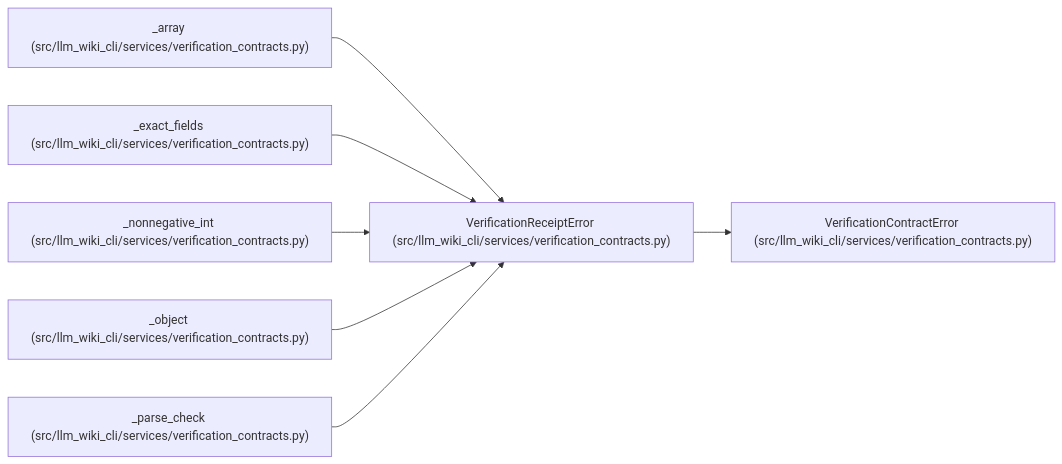
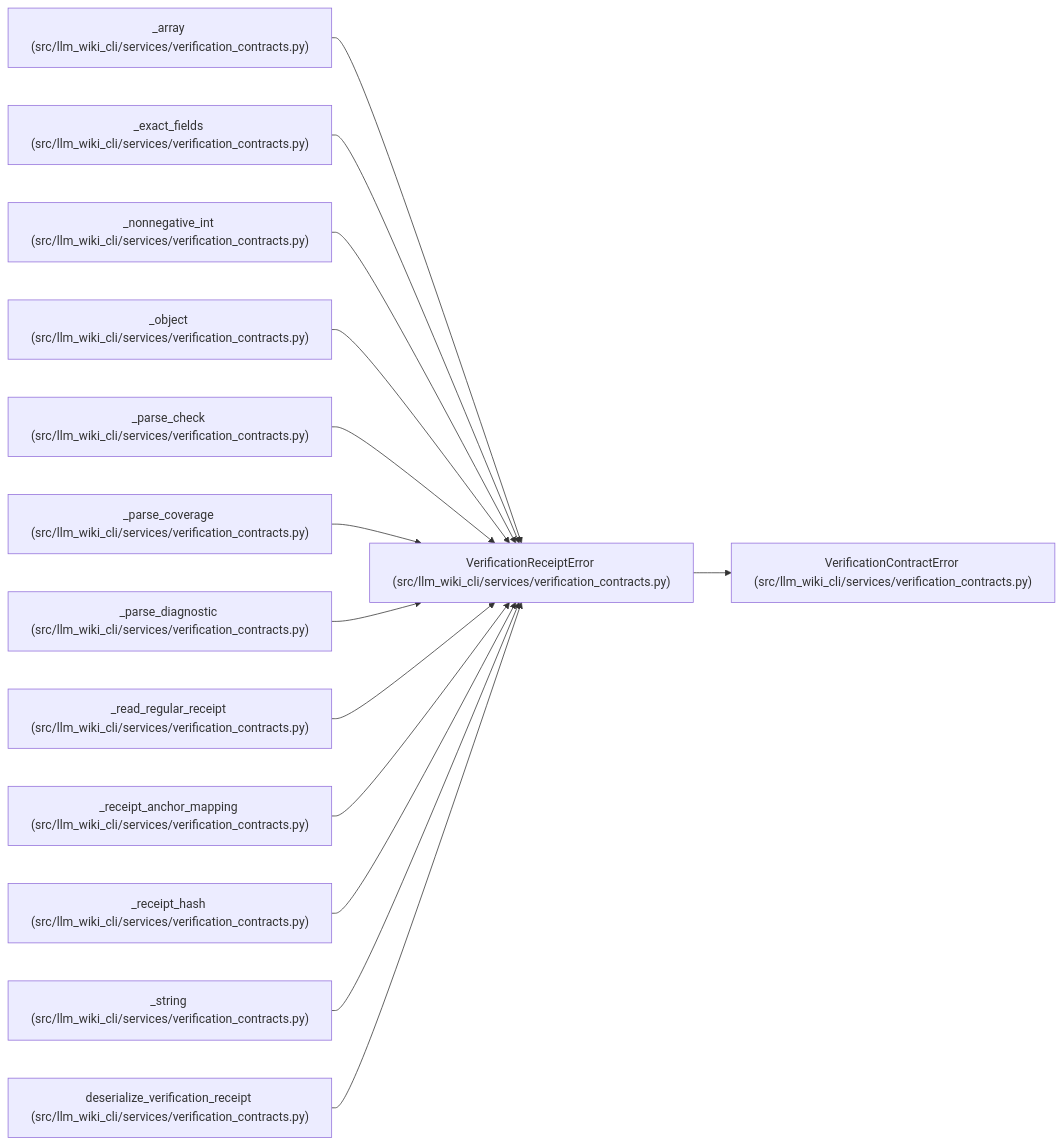
One commit to Denissvgn/python-wiki-llm changed the diagram in docs/llm_wiki/entities/VerificationReceiptError.md. Above: the diagram before and after it, drawn with Mermaid. The commit also changed other lines of this file and 493 other files, not shown here.

````diff
--- a/docs/llm_wiki/entities/VerificationReceiptError.md
+++ b/docs/llm_wiki/entities/VerificationReceiptError.md
@@ -25,23 +25,44 @@
 ```mermaid
 flowchart LR
     n0["VerificationReceiptError (src/llm_wiki_cli/services/verification_contracts.py)"]
     n1["VerificationContractError (src/llm_wiki_cli/services/verification_contracts.py)"]
     n2["_array (src/llm_wiki_cli/services/verification_contracts.py)"]
     n3["_exact_fields (src/llm_wiki_cli/services/verification_contracts.py)"]
     n4["_nonnegative_int (src/llm_wiki_cli/services/verification_contracts.py)"]
     n5["_object (src/llm_wiki_cli/services/verification_contracts.py)"]
     n6["_parse_check (src/llm_wiki_cli/services/verification_contracts.py)"]
+    n7["_parse_coverage (src/llm_wiki_cli/services/verification_contracts.py)"]
+    n8["_parse_diagnostic (src/llm_wiki_cli/services/verification_contracts.py)"]
+    n9["_read_regular_receipt (src/llm_wiki_cli/services/verification_contracts.py)"]
+    n10["_receipt_anchor_mapping (src/llm_wiki_cli/services/verification_contracts.py)"]
+    n11["_receipt_hash (src/llm_wiki_cli/services/verification_contracts.py)"]
+    n12["_string (src/llm_wiki_cli/services/verification_contracts.py)"]
+    n13["deserialize_verification_receipt (src/llm_wiki_cli/services/verification_contracts.py)"]
     n0 --> n1
     n2 --> n0
     n3 --> n0
     n4 --> n0
     n5 --> n0
     n6 --> n0
+    n7 --> n0
+    n8 --> n0
+    n9 --> n0
+    n10 --> n0
+    n11 --> n0
+    n12 --> n0
+    n13 --> n0
     click n0 "../modules/verification_contracts.md"
     click n1 "../modules/verification_contracts.md"
     click n2 "../modules/verification_contracts.md"
     click n3 "../modules/verification_contracts.md"
     click n4 "../modules/verification_contracts.md"
     click n5 "../modules/verification_contracts.md"
     click n6 "../modules/verification_contracts.md"
+    click n7 "../modules/verification_contracts.md"
+    click n8 "../modules/verification_contracts.md"
+    click n9 "../modules/verification_contracts.md"
+    click n10 "../modules/verification_contracts.md"
+    click n11 "../modules/verification_contracts.md"
+    click n12 "../modules/verification_contracts.md"
+    click n13 "../modules/verification_contracts.md"
 ```
````
